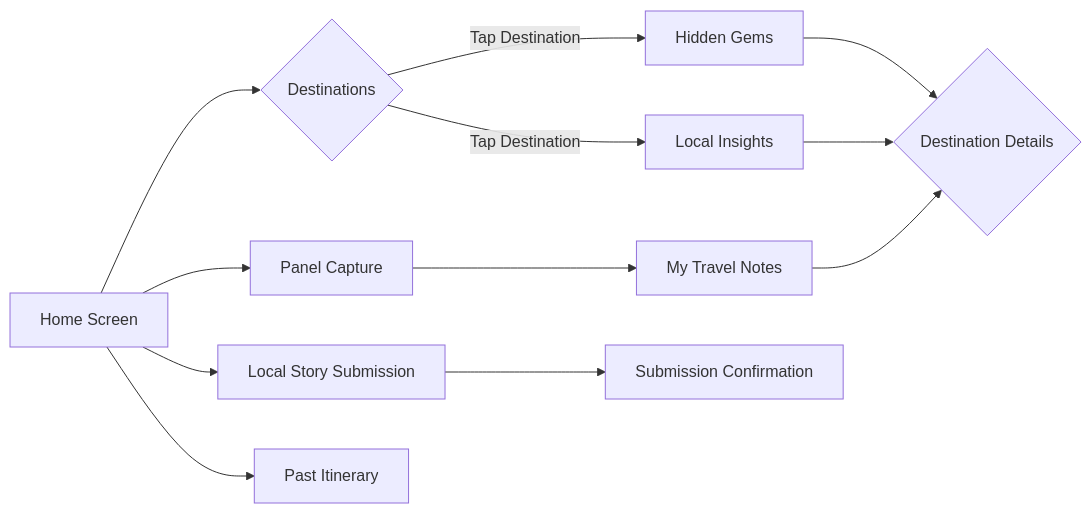
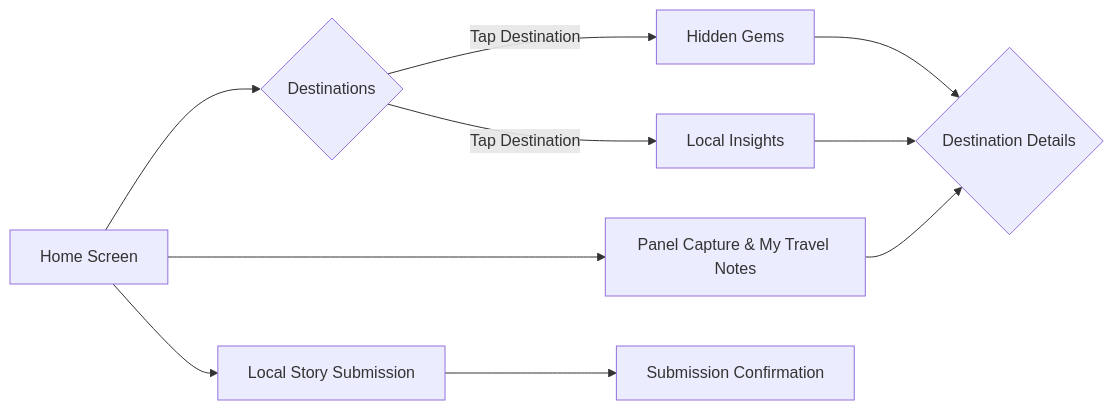
One commit to fustilio/wayfarer changed the second of 2 diagrams in ARCHITECTURE.md. Above: the diagram before and after it, drawn with Mermaid. The commit also changed other lines of this file and 3 other files, not shown here.

Commit message:
feat: update architecture documentation and add development plan; rename project to Wayfarer

````diff
--- a/ARCHITECTURE.md
+++ b/ARCHITECTURE.md
@@ -194,14 +186,12 @@
 ```mermaid
 graph LR
     A[Home Screen] --> B{Destinations};
     B -- Tap Destination --> C[Hidden Gems];
     B -- Tap Destination --> D[Local Insights];
-    A --> E[Panel Capture];
-    E --> F[My Travel Notes];
+    A --> E[Panel Capture & My Travel Notes];
     A --> G[Local Story Submission];
     C --> H{Destination Details};
     D --> H;
-    F --> H;
+    E --> H;
     G --> I[Submission Confirmation];
-    A --> L[Past Itinerary];
 ```
````
